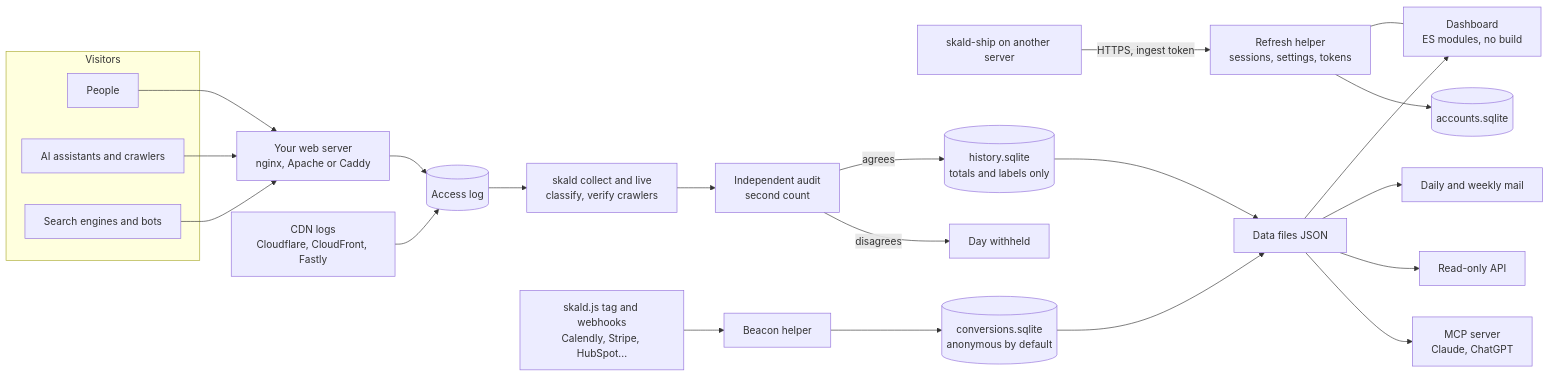
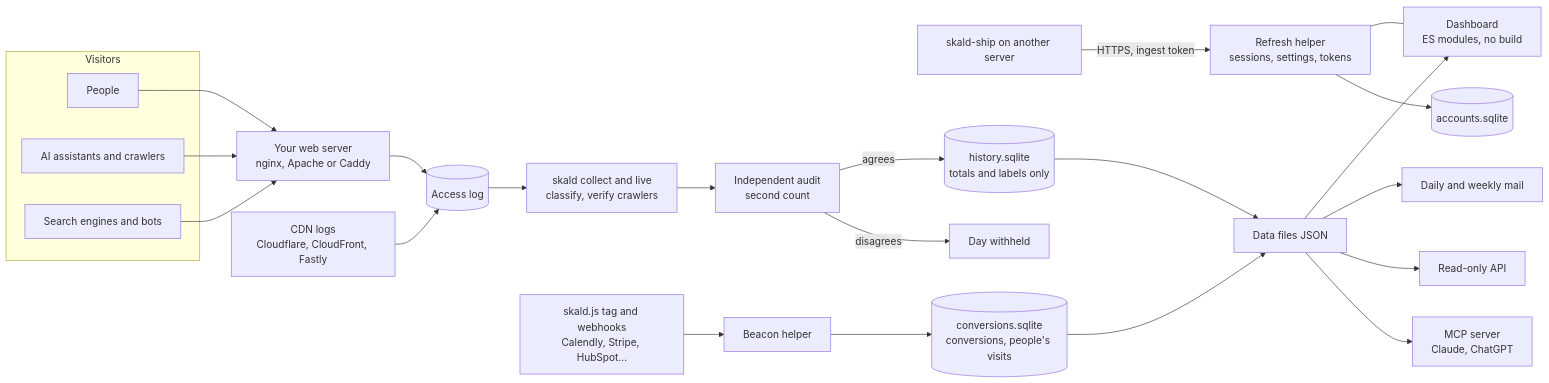
Before and after one commit to spcaeo/skald: the diagram in README.md, drawn with Mermaid. The commit also changed other lines of this file and 107 other files, not shown here.

````diff
--- a/README.md
+++ b/README.md
@@ -475,26 +489,26 @@
 ```mermaid
 flowchart LR
   subgraph Visitors
     P[People]
     A[AI assistants and crawlers]
     B[Search engines and bots]
   end
   P & A & B --> W[Your web server<br/>nginx, Apache or Caddy]
   CDN[CDN logs<br/>Cloudflare, CloudFront, Fastly] --> L
   SHIP[skald-ship on another server] -->|HTTPS, ingest token| H
   W --> L[(Access log)]
   L --> C[skald collect and live<br/>classify, verify crawlers]
   C --> AU[Independent audit<br/>second count]
   AU -->|agrees| HI[(history.sqlite<br/>totals and labels only)]
   AU -->|disagrees| WH[Day withheld]
   HI --> D[Data files JSON]
   D --> UI[Dashboard<br/>ES modules, no build]
   D --> M[Daily and weekly mail]
   D --> API[Read-only API]
   D --> MCP[MCP server<br/>Claude, ChatGPT]
   TAG[skald.js tag and webhooks<br/>Calendly, Stripe, HubSpot...] --> BH[Beacon helper]
-  BH --> CV[(conversions.sqlite<br/>anonymous by default)]
+  BH --> CV[(conversions.sqlite<br/>conversions, people's visits)]
   CV --> D
   H[Refresh helper<br/>sessions, settings, tokens] --- UI
   H --> ACC[(accounts.sqlite)]
 ```
````
